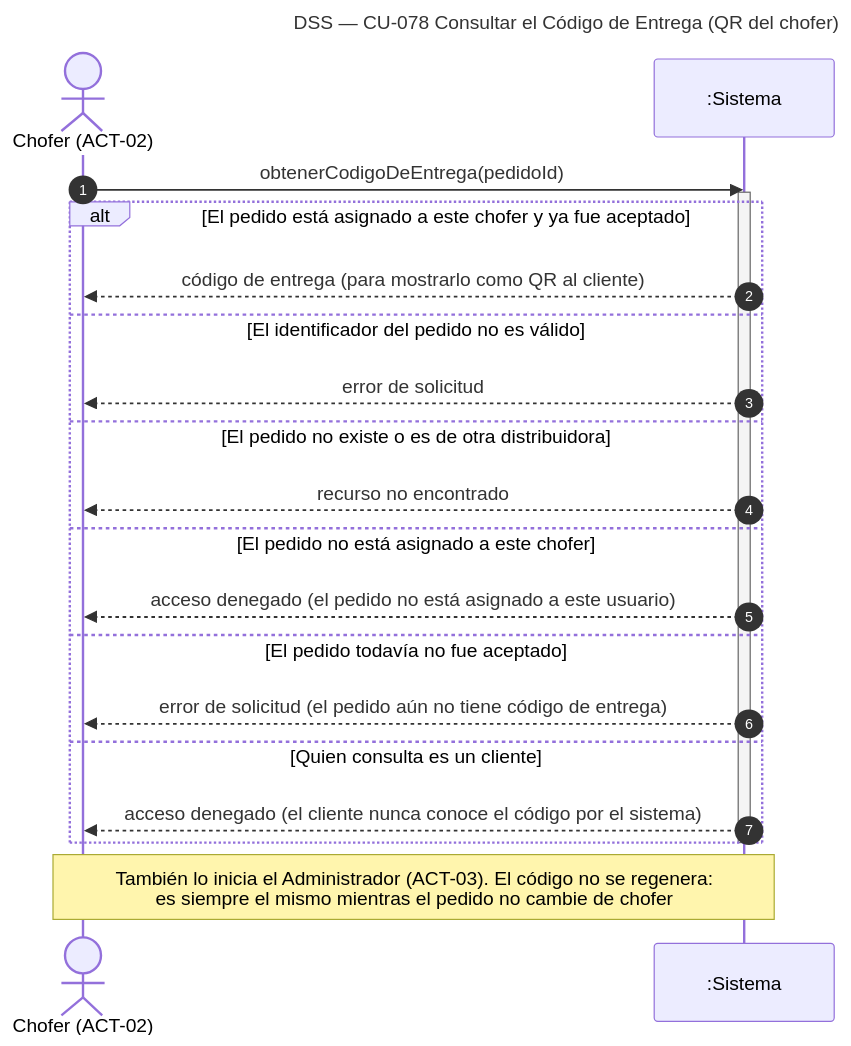
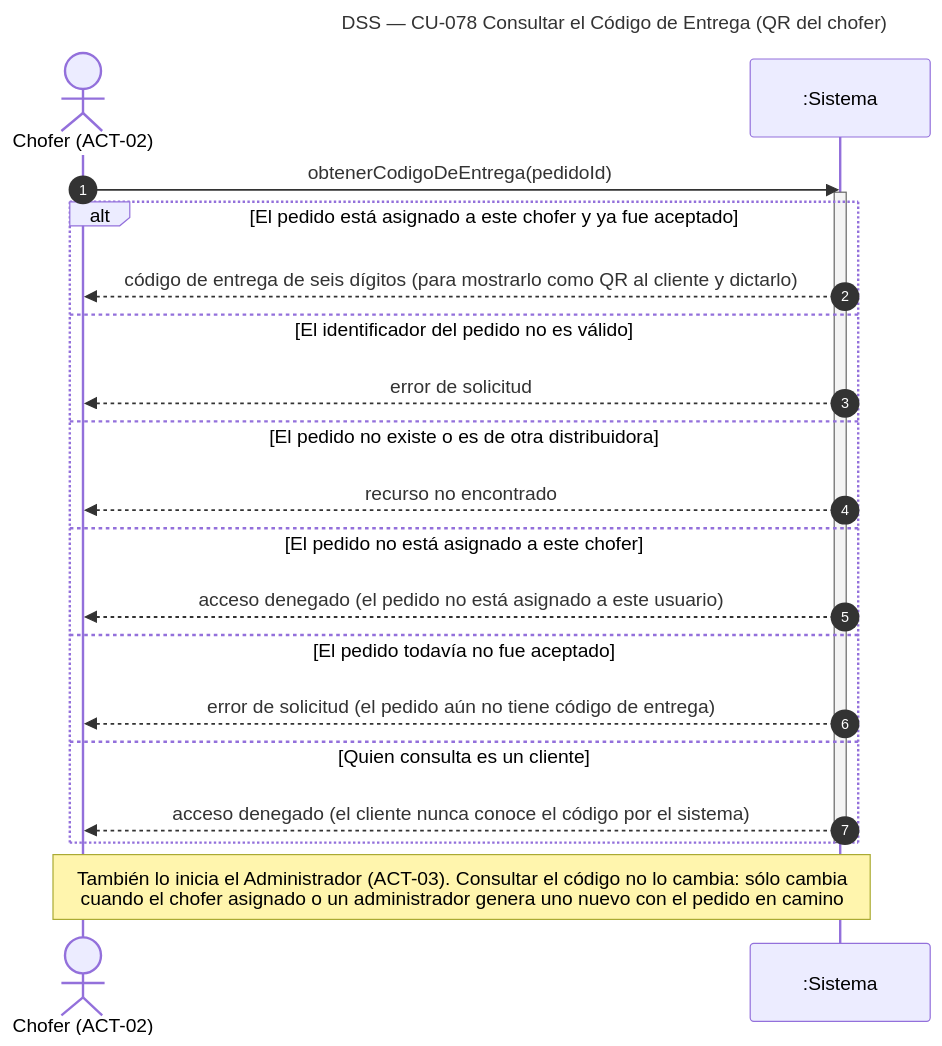
One commit to Nahuelito-Dev/splg-docs changed the diagram in diagramas/DSS_CU-078_Consultar-El-Codigo-De-Entrega.mmd. Above: the diagram before and after it, drawn with Mermaid. The commit also changed 16 other files, not shown here.

Commit message:
docs(cu-078,cu-079): código de entrega de seis dígitos, tope de cinco intentos y código nuevo

```diff
--- a/diagramas/DSS_CU-078_Consultar-El-Codigo-De-Entrega.mmd
+++ b/diagramas/DSS_CU-078_Consultar-El-Codigo-De-Entrega.mmd
@@ -1,23 +1,23 @@
 sequenceDiagram
     title DSS — CU-078 Consultar el Código de Entrega (QR del chofer)
     autonumber
     actor CHO as Chofer (ACT-02)
     participant SIS as :Sistema
 
     CHO->>SIS: obtenerCodigoDeEntrega(pedidoId)
     activate SIS
     alt El pedido está asignado a este chofer y ya fue aceptado
-        SIS-->>CHO: código de entrega (para mostrarlo como QR al cliente)
+        SIS-->>CHO: código de entrega de seis dígitos (para mostrarlo como QR al cliente y dictarlo)
     else El identificador del pedido no es válido
         SIS-->>CHO: error de solicitud
     else El pedido no existe o es de otra distribuidora
         SIS-->>CHO: recurso no encontrado
     else El pedido no está asignado a este chofer
         SIS-->>CHO: acceso denegado (el pedido no está asignado a este usuario)
     else El pedido todavía no fue aceptado
         SIS-->>CHO: error de solicitud (el pedido aún no tiene código de entrega)
     else Quien consulta es un cliente
         SIS-->>CHO: acceso denegado (el cliente nunca conoce el código por el sistema)
     end
     deactivate SIS
-    Note over CHO,SIS: También lo inicia el Administrador (ACT-03). El código no se regenera:<br/>es siempre el mismo mientras el pedido no cambie de chofer
+    Note over CHO,SIS: También lo inicia el Administrador (ACT-03). Consultar el código no lo cambia: sólo cambia<br/>cuando el chofer asignado o un administrador genera uno nuevo con el pedido en camino
```
